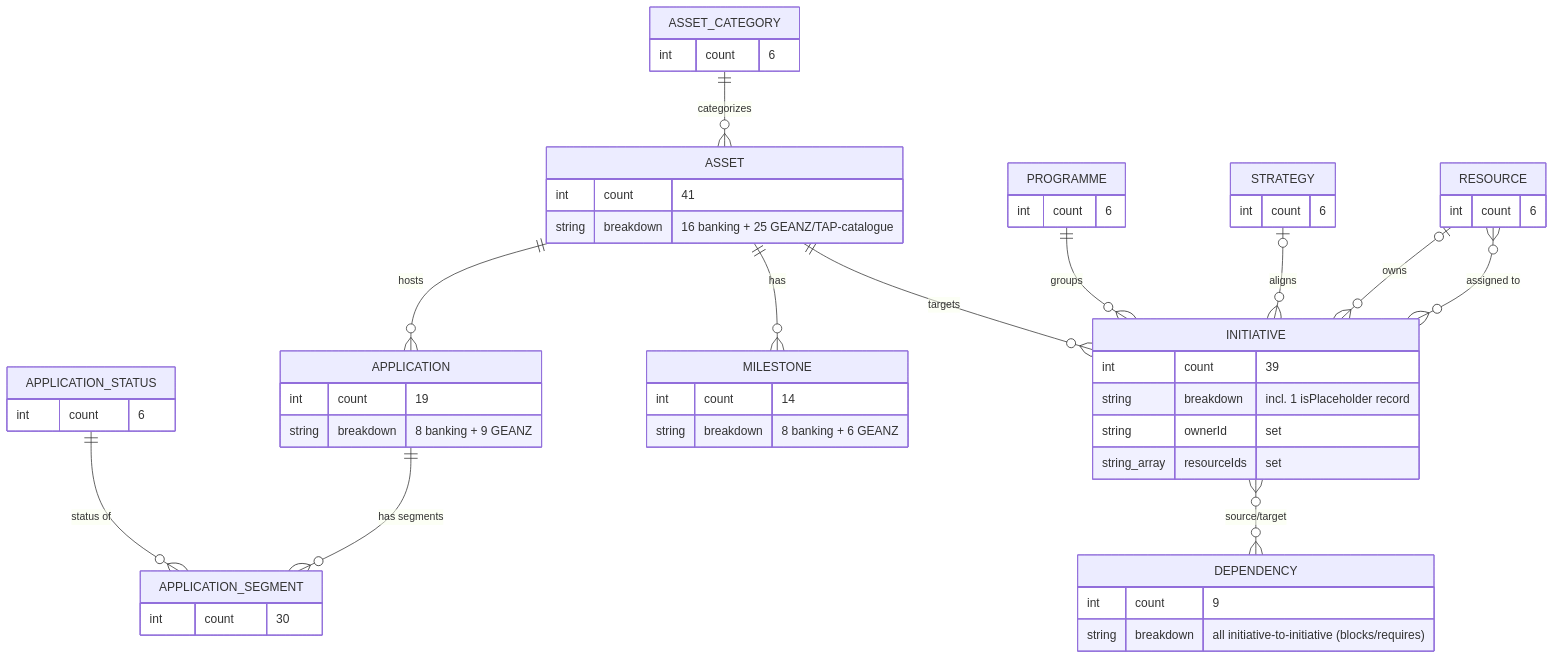
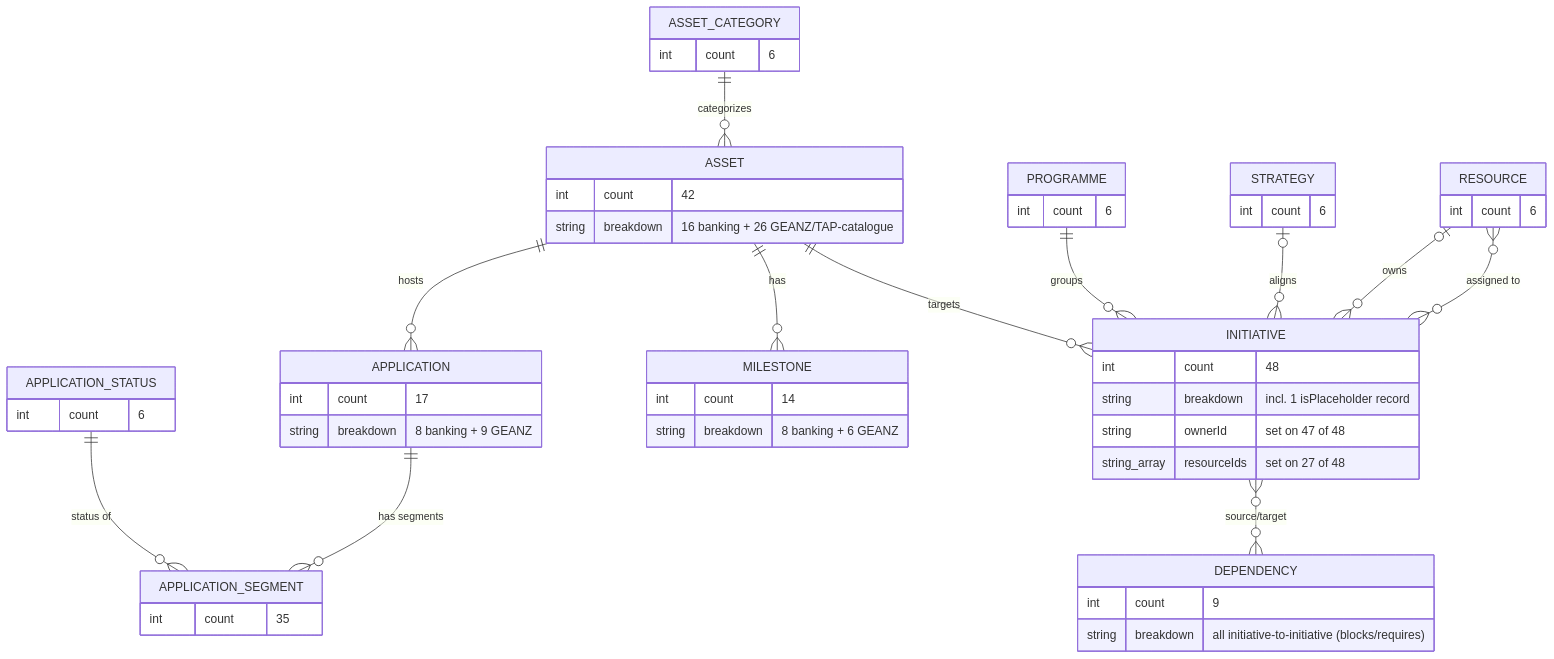
Before and after one commit to nofanto/Selara: the second of 3 diagrams in docs/database-diagram.md, drawn with Mermaid. The commit also changed other lines of this file, not shown here.

First line of the commit message:
docs: bring database-diagram.md in line with the current schema

````diff
--- a/docs/database-diagram.md
+++ b/docs/database-diagram.md
@@ -247,55 +297,55 @@
 ```mermaid
 erDiagram
     ASSET_CATEGORY {
         int count "6"
     }
     ASSET {
-        int count "41"
-        string breakdown "16 banking + 25 GEANZ/TAP-catalogue"
+        int count "42"
+        string breakdown "16 banking + 26 GEANZ/TAP-catalogue"
     }
     PROGRAMME {
         int count "6"
     }
     STRATEGY {
         int count "6"
     }
     RESOURCE {
         int count "6"
     }
     APPLICATION_STATUS {
         int count "6"
     }
     APPLICATION {
-        int count "19"
+        int count "17"
         string breakdown "8 banking + 9 GEANZ"
     }
     APPLICATION_SEGMENT {
-        int count "30"
+        int count "35"
     }
     INITIATIVE {
-        int count "39"
+        int count "48"
         string breakdown "incl. 1 isPlaceholder record"
-        string ownerId "set"
-        string_array resourceIds "set"
+        string ownerId "set on 47 of 48"
+        string_array resourceIds "set on 27 of 48"
     }
     MILESTONE {
         int count "14"
         string breakdown "8 banking + 6 GEANZ"
     }
     DEPENDENCY {
         int count "9"
         string breakdown "all initiative-to-initiative (blocks/requires)"
     }
 
     ASSET_CATEGORY ||--o{ ASSET : categorizes
     ASSET ||--o{ APPLICATION : hosts
     APPLICATION ||--o{ APPLICATION_SEGMENT : "has segments"
     APPLICATION_STATUS ||--o{ APPLICATION_SEGMENT : "status of"
     ASSET ||--o{ MILESTONE : has
     PROGRAMME ||--o{ INITIATIVE : groups
     STRATEGY |o--o{ INITIATIVE : aligns
     ASSET ||--o{ INITIATIVE : targets
     RESOURCE |o--o{ INITIATIVE : owns
     RESOURCE }o--o{ INITIATIVE : "assigned to"
     INITIATIVE }o--o{ DEPENDENCY : "source/target"
 ```
````
